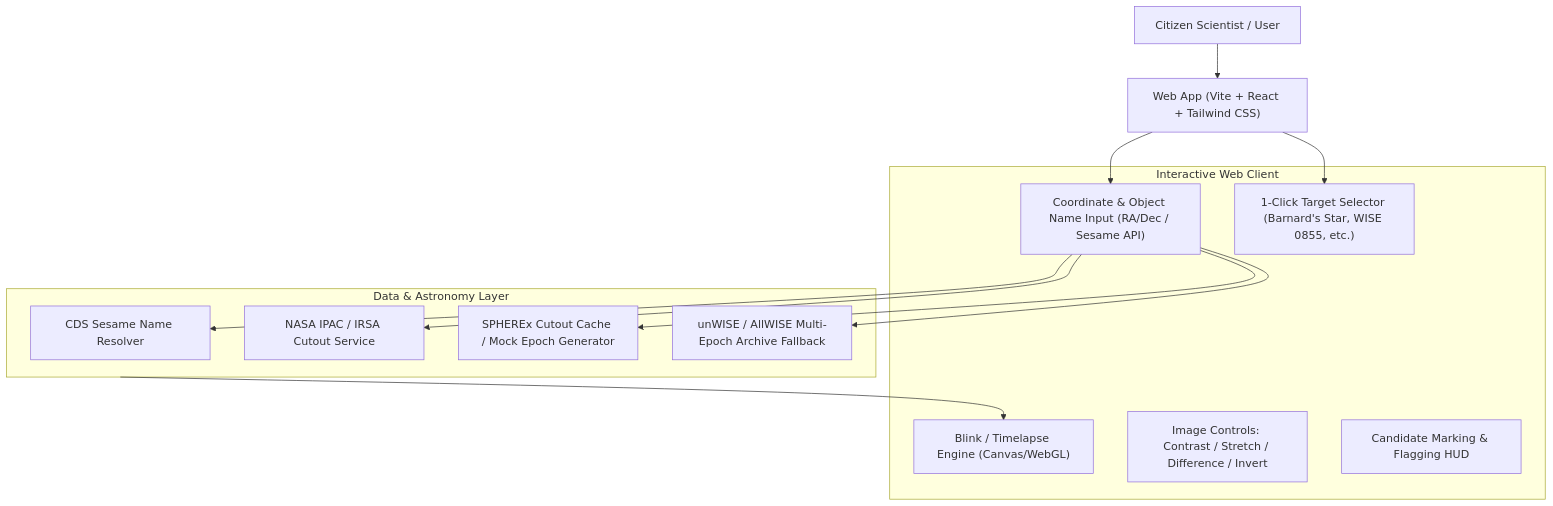
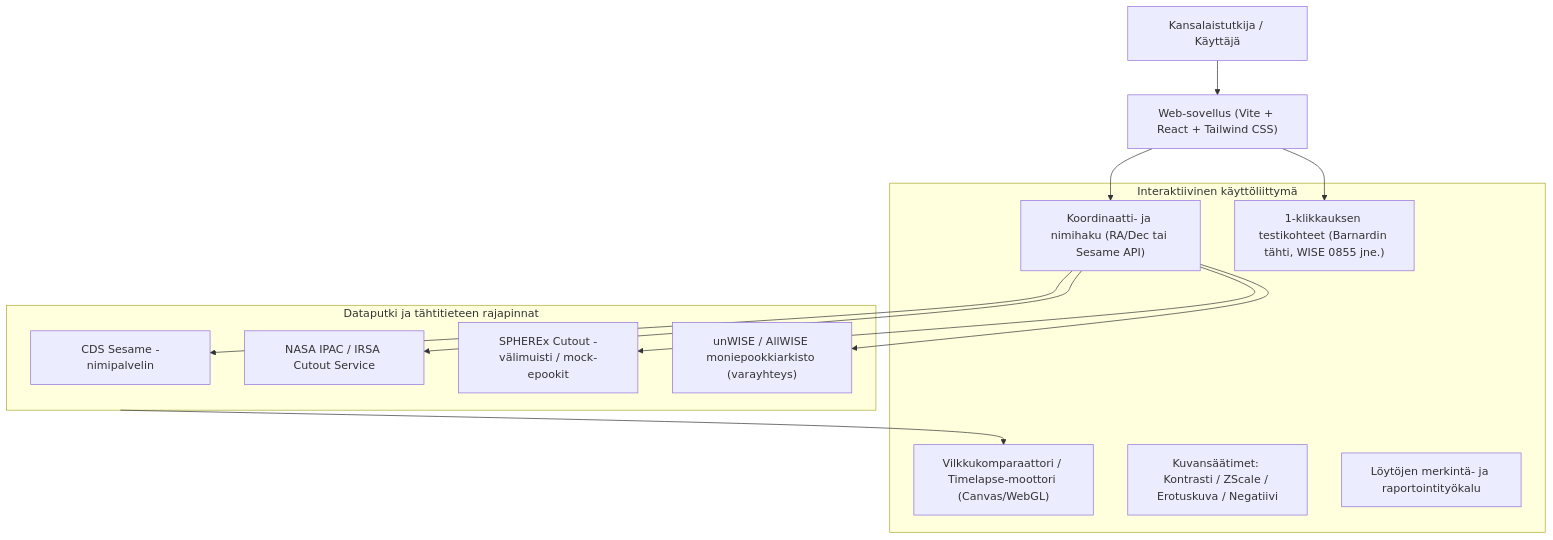
Before and after one commit to TEEPERUNA/PlanetXSPHEREx: the first of 2 diagrams in PLAN.md, drawn with Mermaid. The commit also changed other lines of this file, not shown here.

````diff
--- a/PLAN.md
+++ b/PLAN.md
@@ -25,27 +25,27 @@
 ```mermaid
 flowchart TD
-    User["Citizen Scientist / User"] --> UI["Web App (Vite + React + Tailwind CSS)"]
+    User["Kansalaistutkija / Käyttäjä"] --> UI["Web-sovellus (Vite + React + Tailwind CSS)"]
     
-    subgraph Frontend["Interactive Web Client"]
-        Search["Coordinate & Object Name Input (RA/Dec / Sesame API)"]
-        Presets["1-Click Target Selector (Barnard's Star, WISE 0855, etc.)"]
-        CanvasPlayer["Blink / Timelapse Engine (Canvas/WebGL)"]
-        Tools["Image Controls: Contrast / Stretch / Difference / Invert"]
-        Annotation["Candidate Marking & Flagging HUD"]
+    subgraph Frontend["Interaktiivinen käyttöliittymä"]
+        Search["Koordinaatti- ja nimihaku (RA/Dec tai Sesame API)"]
+        Presets["1-klikkauksen testikohteet (Barnardin tähti, WISE 0855 jne.)"]
+        CanvasPlayer["Vilkkukomparaattori / Timelapse-moottori (Canvas/WebGL)"]
+        Tools["Kuvansäätimet: Kontrasti / ZScale / Erotuskuva / Negatiivi"]
+        Annotation["Löytöjen merkintä- ja raportointityökalu"]
     end
     
-    subgraph DataPipeline["Data & Astronomy Layer"]
-        Sesame["CDS Sesame Name Resolver"]
+    subgraph DataPipeline["Dataputki ja tähtitieteen rajapinnat"]
+        Sesame["CDS Sesame -nimipalvelin"]
         IRSA["NASA IPAC / IRSA Cutout Service"]
-        SPHERExMock["SPHEREx Cutout Cache / Mock Epoch Generator"]
-        WISEFallback["unWISE / AllWISE Multi-Epoch Archive Fallback"]
+        SPHERExMock["SPHEREx Cutout -välimuisti / mock-epookit"]
+        WISEFallback["unWISE / AllWISE moniepookkiarkisto (varayhteys)"]
     end
 
     UI --> Search
     UI --> Presets
     Search --> Sesame
     Search --> IRSA
     Search --> SPHERExMock
     Search --> WISEFallback
     DataPipeline --> CanvasPlayer
 ```
````
